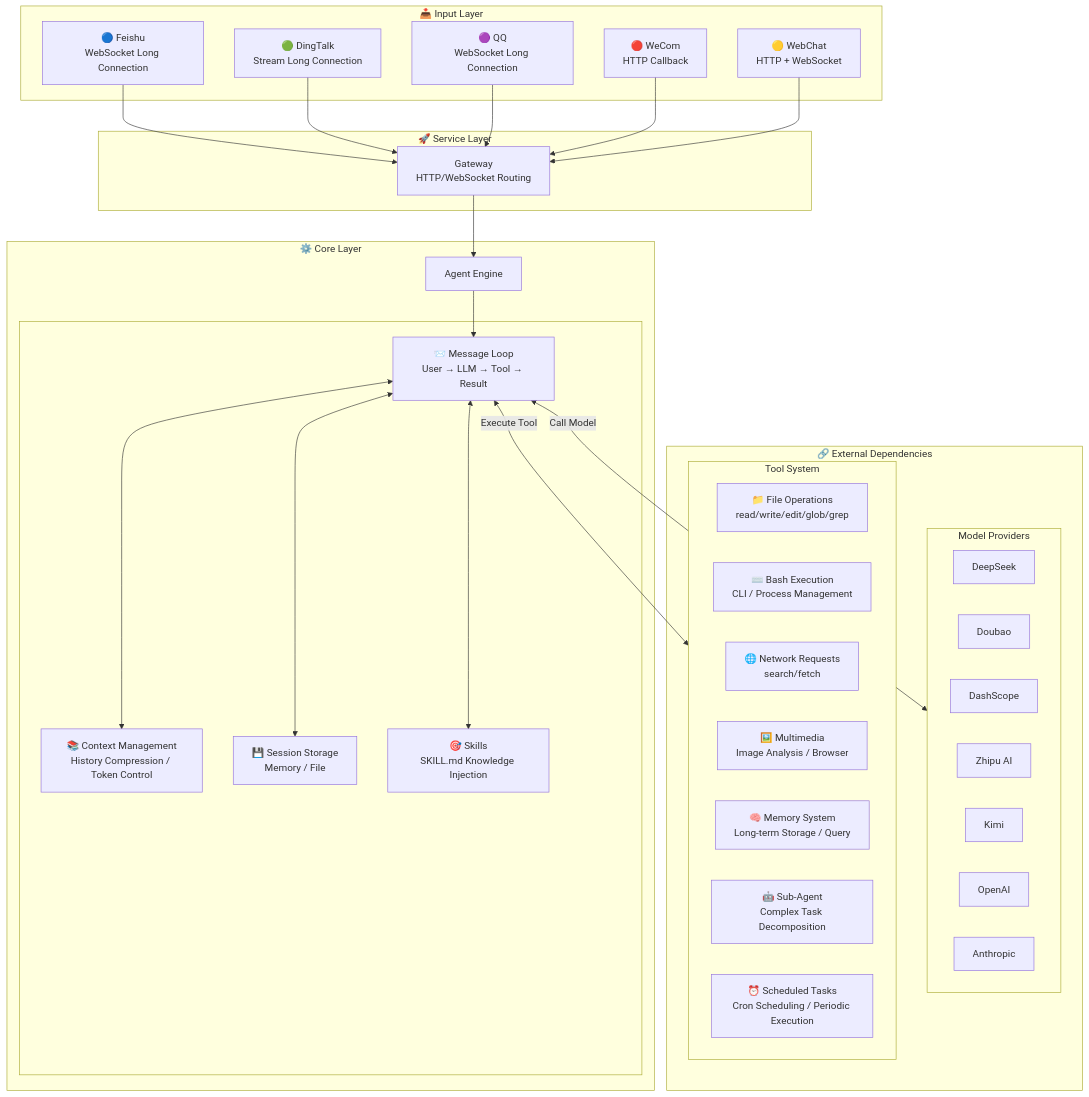
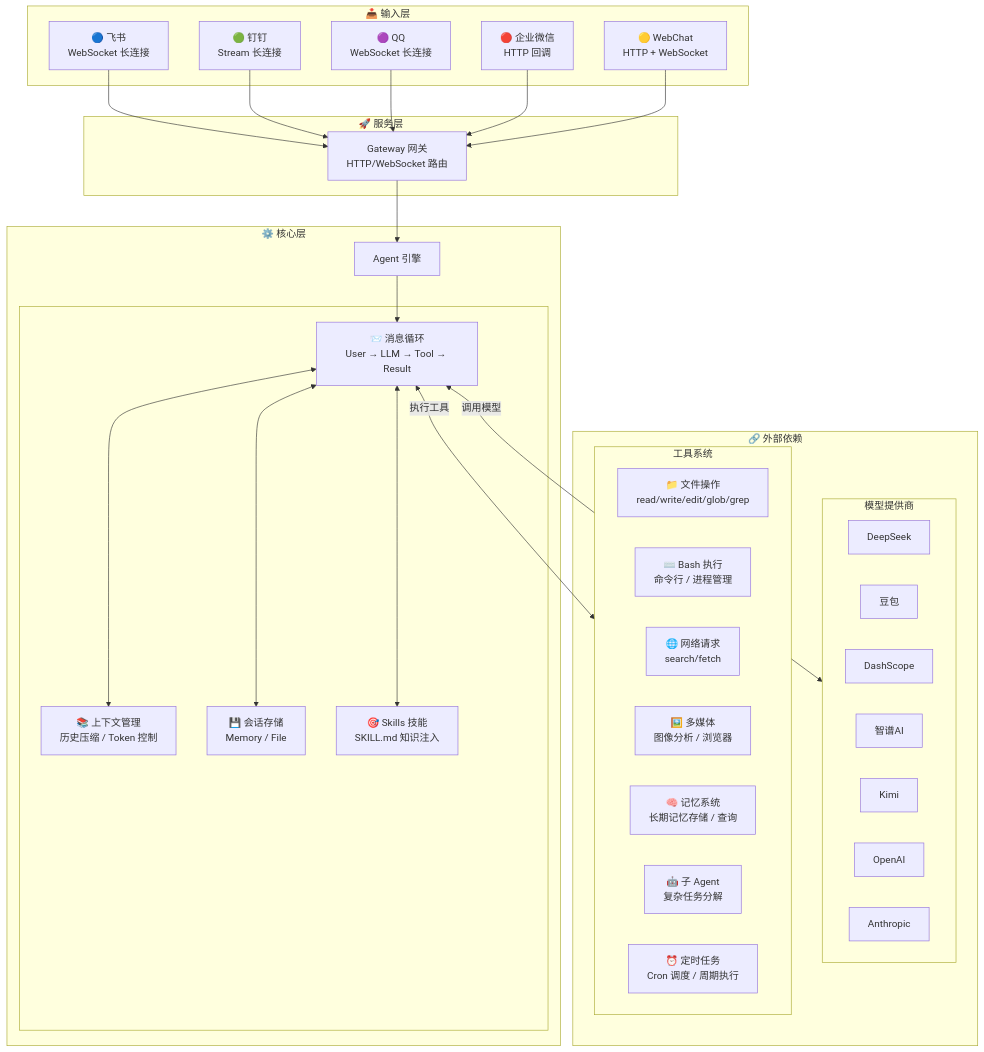
One commit to King-Chau/mozi changed the first of 2 diagrams in README.md. Above: the diagram before and after it, drawn with Mermaid. The commit also changed other lines of this file and 1 other file, not shown here.

````diff
--- a/README.md
+++ b/README.md
@@ -651,60 +30,60 @@
 ```mermaid
 flowchart TB
-    subgraph Input["📥 Input Layer"]
-        Feishu["🔵 Feishu\nWebSocket Long Connection"]
-        Dingtalk["🟢 DingTalk\nStream Long Connection"]
-        QQ["🟣 QQ\nWebSocket Long Connection"]
-        WeCom["🔴 WeCom\nHTTP Callback"]
+    subgraph Input["📥 输入层"]
+        Feishu["🔵 飞书\nWebSocket 长连接"]
+        Dingtalk["🟢 钉钉\nStream 长连接"]
+        QQ["🟣 QQ\nWebSocket 长连接"]
+        WeCom["🔴 企业微信\nHTTP 回调"]
         WebChat["🟡 WebChat\nHTTP + WebSocket"]
     end
 
-    subgraph Server["🚀 Service Layer"]
-        Gateway["Gateway\nHTTP/WebSocket Routing"]
+    subgraph Server["🚀 服务层"]
+        Gateway["Gateway 网关\nHTTP/WebSocket 路由"]
     end
 
-    subgraph Core["⚙️ Core Layer"]
-        Agent["Agent Engine"]
+    subgraph Core["⚙️ 核心层"]
+        Agent["Agent 引擎"]
 
         subgraph AgentInner[" "]
-            MsgLoop["📨 Message Loop\nUser → LLM → Tool → Result"]
-            CtxMgr["📚 Context Management\nHistory Compression / Token Control"]
-            Session["💾 Session Storage\nMemory / File"]
-            Skills["🎯 Skills\nSKILL.md Knowledge Injection"]
+            MsgLoop["📨 消息循环\nUser → LLM → Tool → Result"]
+            CtxMgr["📚 上下文管理\n历史压缩 / Token 控制"]
+            Session["💾 会话存储\nMemory / File"]
+            Skills["🎯 Skills 技能\nSKILL.md 知识注入"]
         end
     end
 
-    subgraph External["🔗 External Dependencies"]
-        subgraph Providers["Model Providers"]
+    subgraph External["🔗 外部依赖"]
+        subgraph Providers["模型提供商"]
             P1["DeepSeek"]
-            P2["Doubao"]
+            P2["豆包"]
             P3["DashScope"]
-            P4["Zhipu AI"]
+            P4["智谱AI"]
             P5["Kimi"]
             P6["OpenAI"]
             P7["Anthropic"]
         end
 
-        subgraph Tools["Tool System"]
-            T1["📁 File Operations\nread/write/edit/glob/grep"]
-            T2["⌨️ Bash Execution\nCLI / Process Management"]
-            T3["🌐 Network Requests\nsearch/fetch"]
-            T4["🖼️ Multimedia\nImage Analysis / Browser"]
-            T5["🧠 Memory System\nLong-term Storage / Query"]
-            T6["🤖 Sub-Agent\nComplex Task Decomposition"]
-            T7["⏰ Scheduled Tasks\nCron Scheduling / Periodic Execution"]
+        subgraph Tools["工具系统"]
+            T1["📁 文件操作\nread/write/edit/glob/grep"]
+            T2["⌨️ Bash 执行\n命令行 / 进程管理"]
+            T3["🌐 网络请求\nsearch/fetch"]
+            T4["🖼️ 多媒体\n图像分析 / 浏览器"]
+            T5["🧠 记忆系统\n长期记忆存储 / 查询"]
+            T6["🤖 子 Agent\n复杂任务分解"]
+            T7["⏰ 定时任务\nCron 调度 / 周期执行"]
         end
     end
 
     Feishu --> Gateway
     Dingtalk --> Gateway
     QQ --> Gateway
     WeCom --> Gateway
     WebChat --> Gateway
     Gateway --> Agent
     Agent --> MsgLoop
     MsgLoop <--> CtxMgr
     MsgLoop <--> Session
     MsgLoop <--> Skills
-    MsgLoop <-->|"Call Model"| Providers
-    MsgLoop <-->|"Execute Tool"| Tools
+    MsgLoop <-->|"调用模型"| Providers
+    MsgLoop <-->|"执行工具"| Tools
 ```
````
